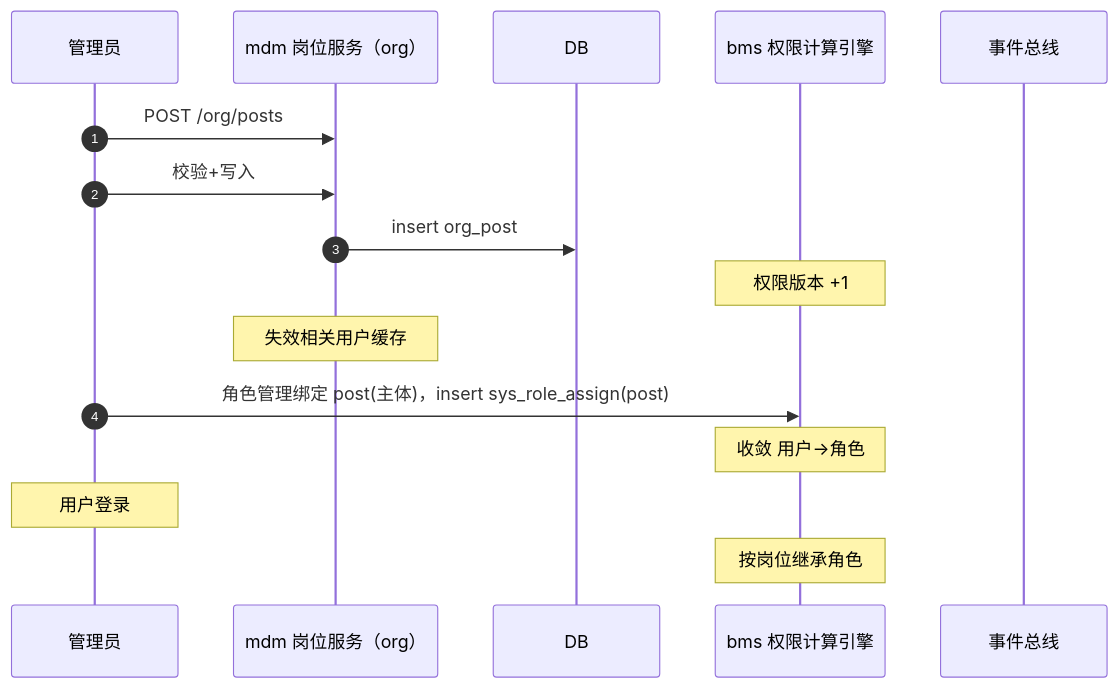
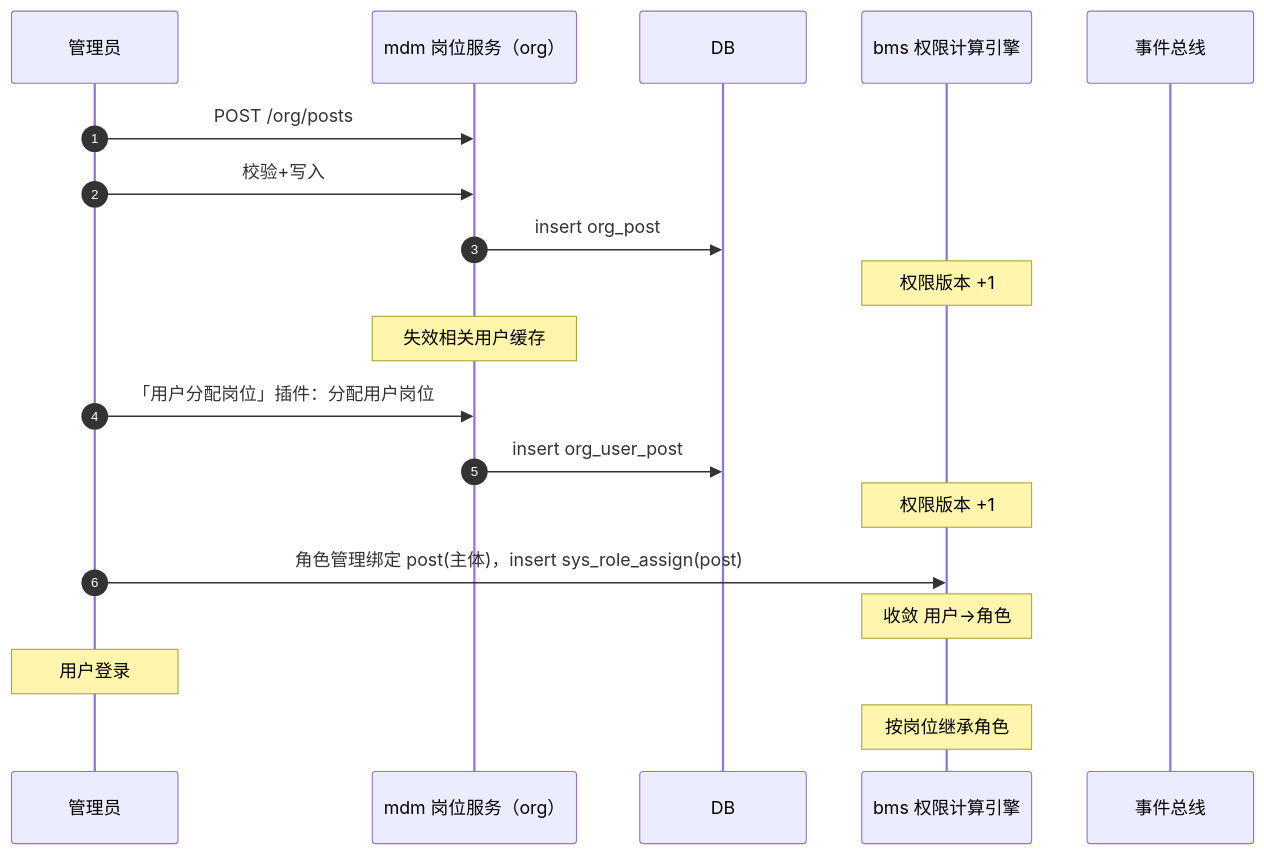
Before and after one commit to minjian123/master-data-management: the diagram in mdm文档/设计/概要设计/02_概要设计_岗位管理.md, drawn with Mermaid. The commit also changed other lines of this file and 4 other files, not shown here.

````diff
--- a/mdm文档/设计/概要设计/02_概要设计_岗位管理.md
+++ b/mdm文档/设计/概要设计/02_概要设计_岗位管理.md
@@ -47,19 +49,22 @@
 ```mermaid
 sequenceDiagram
     autonumber
     participant 管理员
     participant 岗位服务 as mdm 岗位服务（org）
     participant DB
     participant 权限计算引擎 as bms 权限计算引擎
     participant 事件总线
 
     管理员->>岗位服务: POST /org/posts
     管理员->>岗位服务: 校验+写入
     岗位服务->>DB: insert org_post
     Note over 权限计算引擎: 权限版本 +1
     Note over 岗位服务: 失效相关用户缓存
+    管理员->>岗位服务: 「用户分配岗位」插件：分配用户岗位
+    岗位服务->>DB: insert org_user_post
+    Note over 权限计算引擎: 权限版本 +1
     管理员->>权限计算引擎: 角色管理绑定 post(主体)，insert sys_role_assign(post)
     Note over 权限计算引擎: 收敛 用户→角色
     Note over 管理员: 用户登录
     Note over 权限计算引擎: 按岗位继承角色
 ```
````
